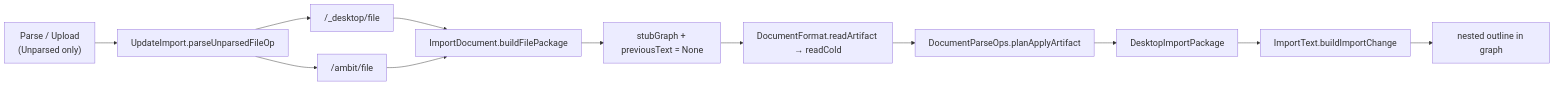
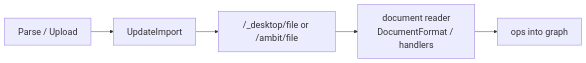
One commit to abaljeu/ambit changed the diagram in doc/roadmap/parsefile-document-codec-import.md. Above: the diagram before and after it, drawn with Mermaid. The commit also changed other lines of this file and 24 other files, not shown here.

````diff
--- a/doc/roadmap/parsefile-document-codec-import.md
+++ b/doc/roadmap/parsefile-document-codec-import.md
@@ -147,15 +24,8 @@
 ```mermaid
 %%{init: {'themeVariables': {'fontSize': '20px'}}}%%
 flowchart LR
-  Cmd["Parse / Upload\n(Unparsed only)"] --> Client["UpdateImport.parseUnparsedFileOp"]
-  Client --> Desktop["/_desktop/file"]
-  Client --> Server["/ambit/file"]
-  Desktop --> Build["ImportDocument.buildFilePackage"]
-  Server --> Build
-  Build --> Stub["stubGraph + previousText = None"]
-  Stub --> Cold["DocumentFormat.readArtifact → readCold"]
-  Cold --> Ops["DocumentParseOps.planApplyArtifact"]
-  Ops --> Pkg["DesktopImportPackage"]
-  Pkg --> Commit["ImportText.buildImportChange"]
-  Commit --> Graph["nested outline in graph"]
+  Cmd["Parse / Upload"] --> Client["UpdateImport"]
+  Client --> Read["/_desktop/file or /ambit/file"]
+  Read --> Reader["document reader\nDocumentFormat / handlers"]
+  Reader --> Ops["ops into graph"]
 ```
````
